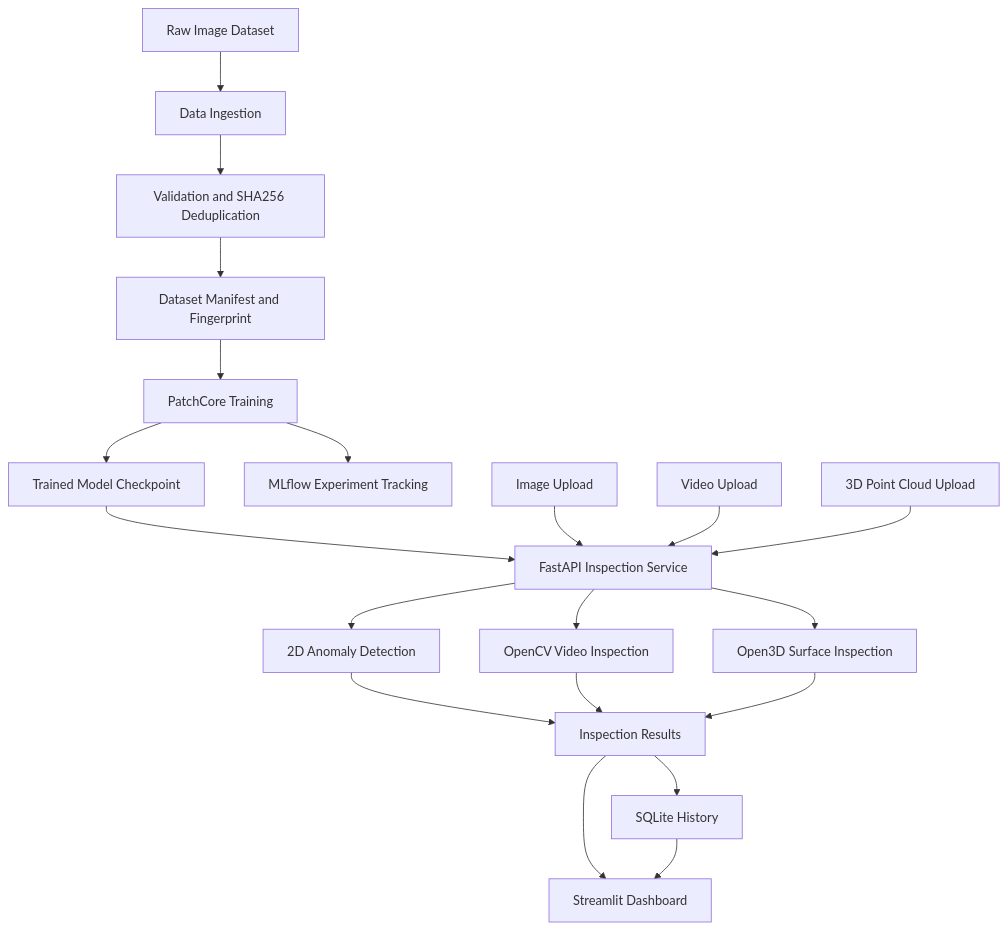
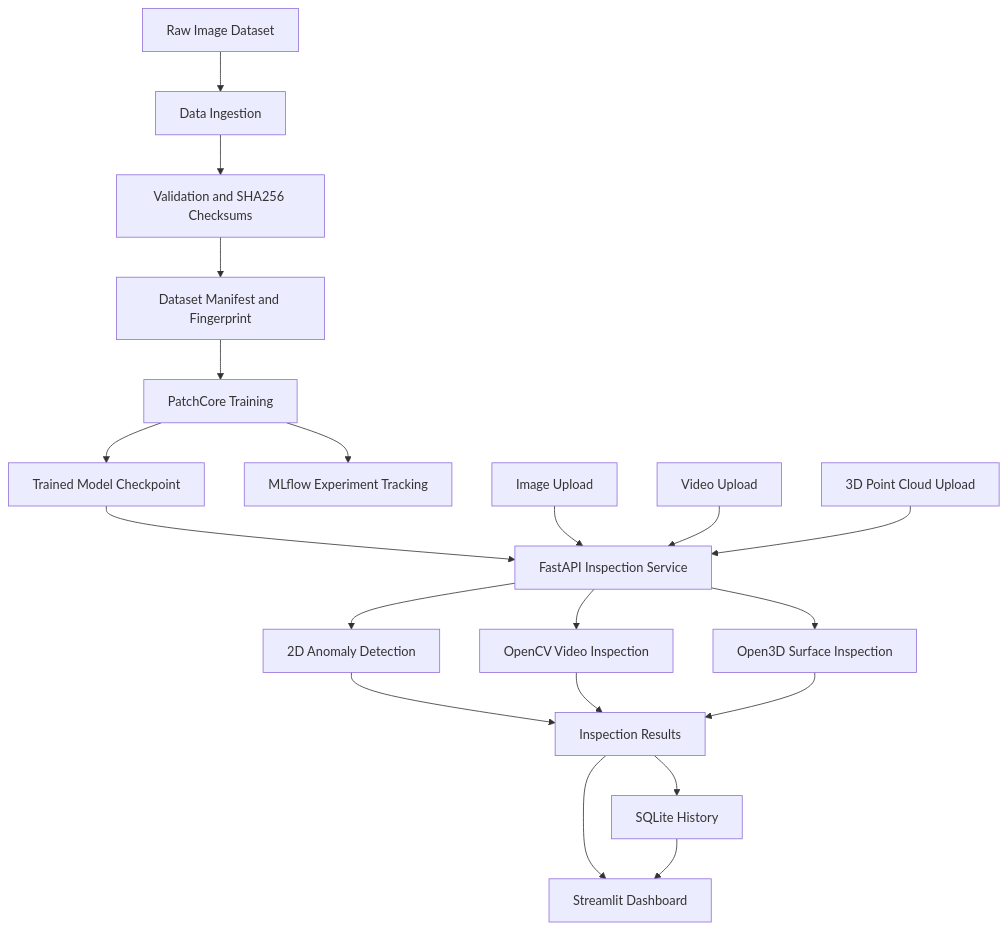
The diagram in README.md (Priya0696/InspectAI), drawn with Mermaid before and after one commit. The commit also changed other lines of this file and 4 other files, not shown here.

````diff
--- a/README.md
+++ b/README.md
@@ -24,22 +53,22 @@
 ```mermaid
 flowchart TD
     A[Raw Image Dataset] --> B[Data Ingestion]
-    B --> C[Validation and SHA256 Deduplication]
+    B --> C[Validation and SHA256 Checksums]
     C --> D[Dataset Manifest and Fingerprint]
     D --> E[PatchCore Training]
     E --> F[Trained Model Checkpoint]
     E --> G[MLflow Experiment Tracking]
     F --> H[FastAPI Inspection Service]
     I[Image Upload] --> H
     J[Video Upload] --> H
     K[3D Point Cloud Upload] --> H
     H --> L[2D Anomaly Detection]
     H --> M[OpenCV Video Inspection]
     H --> N[Open3D Surface Inspection]
     L --> O[Inspection Results]
     M --> O
     N --> O
     O --> P[SQLite History]
     O --> Q[Streamlit Dashboard]
     P --> Q
 ```
````
